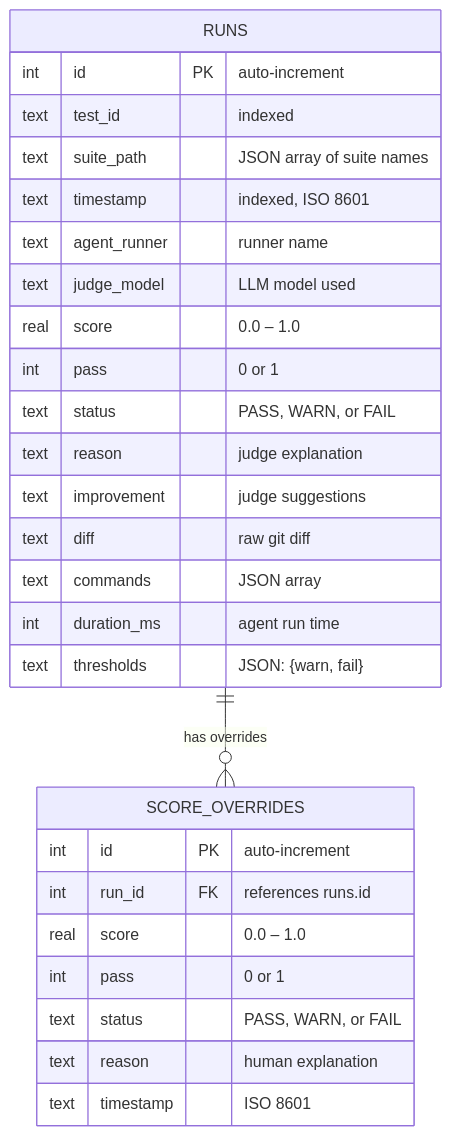
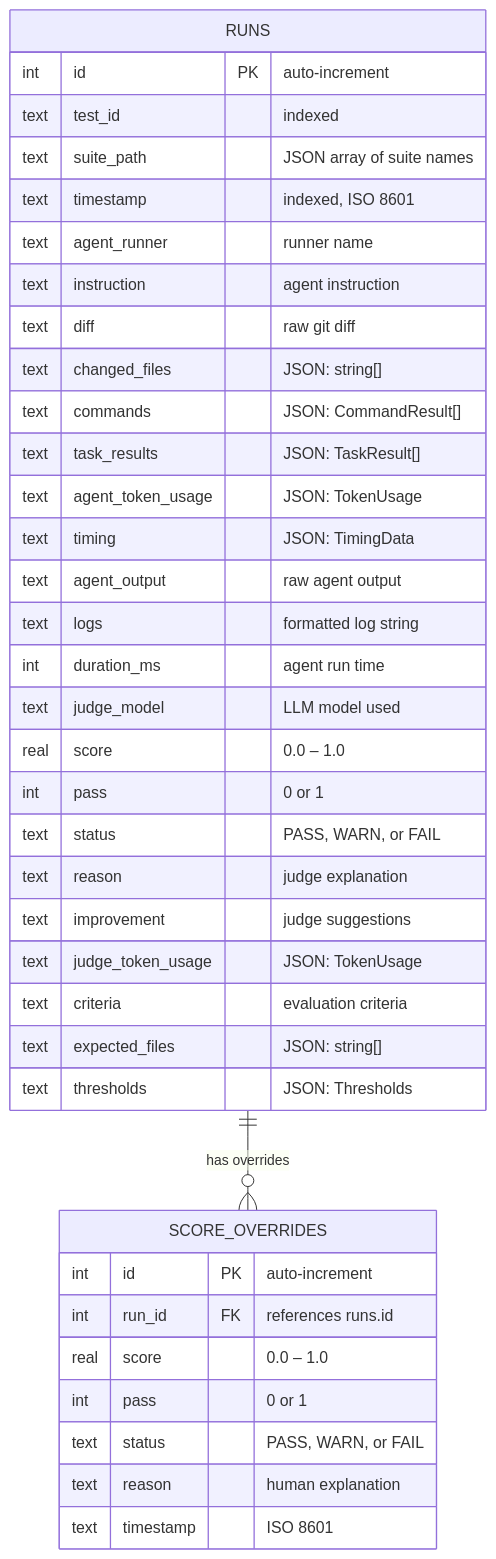
The first of 2 diagrams in apps/docs/api/ledger.md (Tlahey/agent-eval), drawn with Mermaid before and after one commit. The commit also changed other lines of this file and 11 other files, not shown here.

First line of the commit message:
docs: comprehensive documentation update for plugin architecture

````diff
--- a/apps/docs/api/ledger.md
+++ b/apps/docs/api/ledger.md
@@ -98,30 +142,40 @@
 ```mermaid
 erDiagram
     RUNS {
         int id PK "auto-increment"
         text test_id "indexed"
         text suite_path "JSON array of suite names"
         text timestamp "indexed, ISO 8601"
         text agent_runner "runner name"
+        text instruction "agent instruction"
+        text diff "raw git diff"
+        text changed_files "JSON: string[]"
+        text commands "JSON: CommandResult[]"
+        text task_results "JSON: TaskResult[]"
+        text agent_token_usage "JSON: TokenUsage"
+        text timing "JSON: TimingData"
+        text agent_output "raw agent output"
+        text logs "formatted log string"
+        int duration_ms "agent run time"
         text judge_model "LLM model used"
         real score "0.0 – 1.0"
         int pass "0 or 1"
         text status "PASS, WARN, or FAIL"
         text reason "judge explanation"
         text improvement "judge suggestions"
-        text diff "raw git diff"
-        text commands "JSON array"
-        int duration_ms "agent run time"
-        text thresholds "JSON: {warn, fail}"
+        text judge_token_usage "JSON: TokenUsage"
+        text criteria "evaluation criteria"
+        text expected_files "JSON: string[]"
+        text thresholds "JSON: Thresholds"
     }
     SCORE_OVERRIDES {
         int id PK "auto-increment"
         int run_id FK "references runs.id"
         real score "0.0 – 1.0"
         int pass "0 or 1"
         text status "PASS, WARN, or FAIL"
         text reason "human explanation"
         text timestamp "ISO 8601"
     }
     RUNS ||--o{ SCORE_OVERRIDES : "has overrides"
 ```
````
